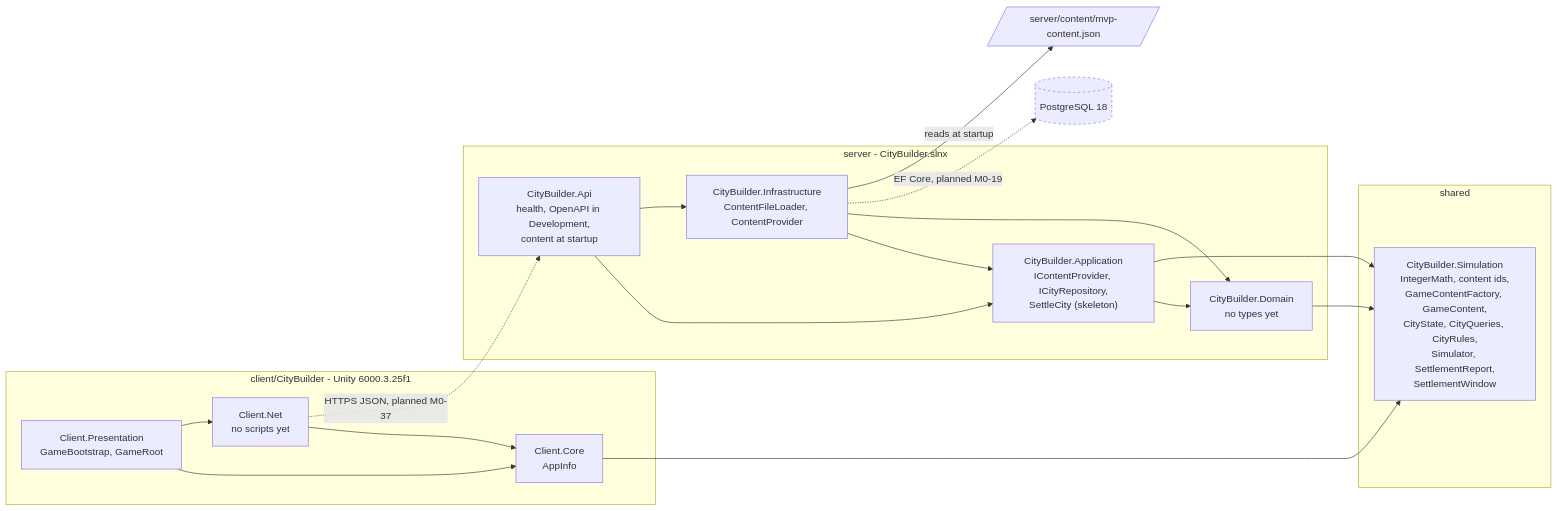
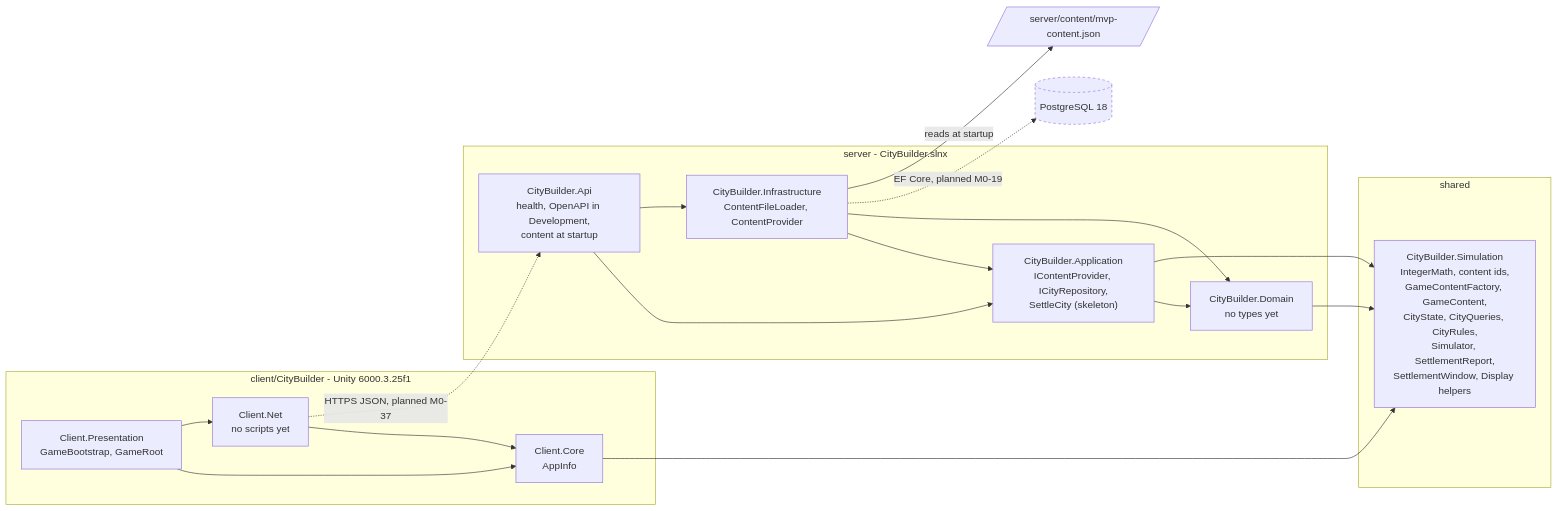
The diagram in docs/architecture/overview.md (Samurai-netizen/citybuild), drawn with Mermaid before and after one commit. The commit also changed other lines of this file and 60 other files, not shown here.

````diff
--- a/docs/architecture/overview.md
+++ b/docs/architecture/overview.md
@@ -15,35 +16,35 @@
 ```mermaid
 flowchart LR
   subgraph clientside["client/CityBuilder - Unity 6000.3.25f1"]
     PRES["Client.Presentation<br/>GameBootstrap, GameRoot"]
     NET["Client.Net<br/>no scripts yet"]
     CORE["Client.Core<br/>AppInfo"]
   end
   subgraph sharedside["shared"]
-    SIM["CityBuilder.Simulation<br/>IntegerMath, content ids,<br/>GameContentFactory, GameContent,<br/>CityState, CityQueries, CityRules,<br/>Simulator, SettlementReport,<br/>SettlementWindow"]
+    SIM["CityBuilder.Simulation<br/>IntegerMath, content ids,<br/>GameContentFactory, GameContent,<br/>CityState, CityQueries, CityRules,<br/>Simulator, SettlementReport,<br/>SettlementWindow, Display helpers"]
   end
   subgraph serverside["server - CityBuilder.slnx"]
     API["CityBuilder.Api<br/>health, OpenAPI in Development,<br/>content at startup"]
     INF["CityBuilder.Infrastructure<br/>ContentFileLoader, ContentProvider"]
     APP["CityBuilder.Application<br/>IContentProvider, ICityRepository,<br/>SettleCity (skeleton)"]
     DOM["CityBuilder.Domain<br/>no types yet"]
   end
   DB[("PostgreSQL 18")]
   FILE[/"server/content/mvp-content.json"/]
   PRES --> CORE
   PRES --> NET
   NET --> CORE
   CORE --> SIM
   API --> APP
   API --> INF
   INF --> APP
   INF --> DOM
   APP --> DOM
   APP --> SIM
   DOM --> SIM
   NET -.->|"HTTPS JSON, planned M0-37"| API
   INF -.->|"EF Core, planned M0-19"| DB
   INF -->|"reads at startup"| FILE
   classDef planned stroke-dasharray: 4 4
   class DB planned
 ```
````
